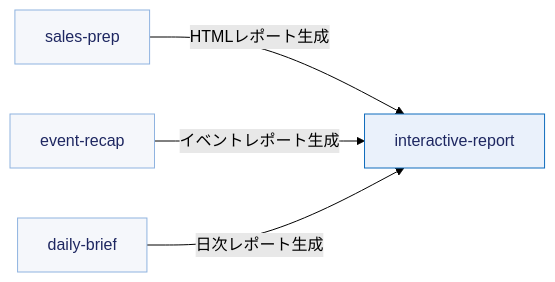
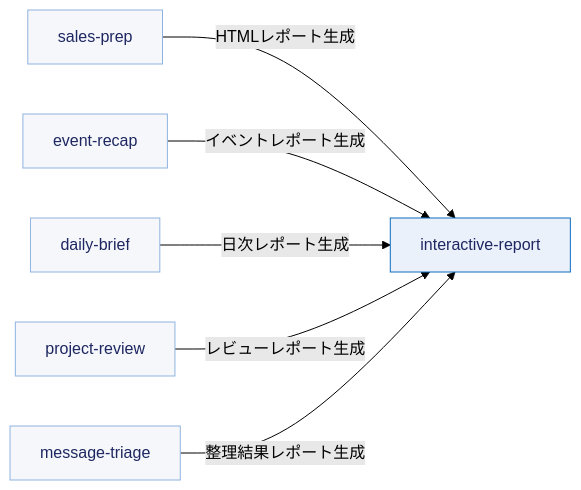
Before and after one commit to geekfujiwara/copilot-cowork-skills: the diagram in README.md, drawn with Mermaid (forest theme). The commit also changed other lines of this file and 19 other files, not shown here.

First line of the commit message:
feat: add review and message triage skills

````diff
--- a/README.md
+++ b/README.md
@@ -42,16 +42,20 @@
 ```mermaid
 flowchart LR
 	SP[sales-prep]
 	ER[event-recap]
 	DB[daily-brief]
+	PR[project-review]
+	MT[message-triage]
 	IR[interactive-report]
 
 	SP -->|HTMLレポート生成| IR
 	ER -->|イベントレポート生成| IR
 	DB -->|日次レポート生成| IR
+	PR -->|レビューレポート生成| IR
+	MT -->|整理結果レポート生成| IR
 
 	classDef caller fill:#F5F7FB,stroke:#8FB3E0,color:#1E2761;
 	classDef shared fill:#EAF1FB,stroke:#0F6CBD,color:#1E2761;
-	class SP,ER,DB caller;
+	class SP,ER,DB,PR,MT caller;
 	class IR shared;
 ```
````
